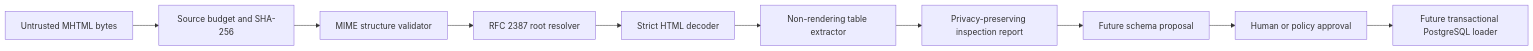
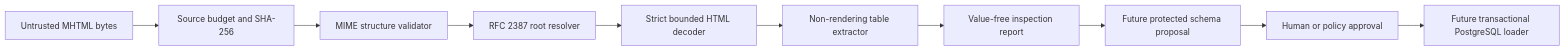
Before and after one commit to ContextualWisdomLab/mhtml-etl-gateway: the diagram in docs/TRD.md, drawn with Mermaid. The commit also changed other lines of this file, not shown here.

````diff
--- a/docs/TRD.md
+++ b/docs/TRD.md
@@ -17,12 +17,12 @@
 ```mermaid
 flowchart LR
     U[Untrusted MHTML bytes] --> B[Source budget and SHA-256]
     B --> M[MIME structure validator]
     M --> R[RFC 2387 root resolver]
-    R --> D[Strict HTML decoder]
+    R --> D[Strict bounded HTML decoder]
     D --> T[Non-rendering table extractor]
-    T --> P[Privacy-preserving inspection report]
-    P --> S[Future schema proposal]
+    T --> P[Value-free inspection report]
+    P --> S[Future protected schema proposal]
     S --> A[Human or policy approval]
     A --> L[Future transactional PostgreSQL loader]
 ```
````
